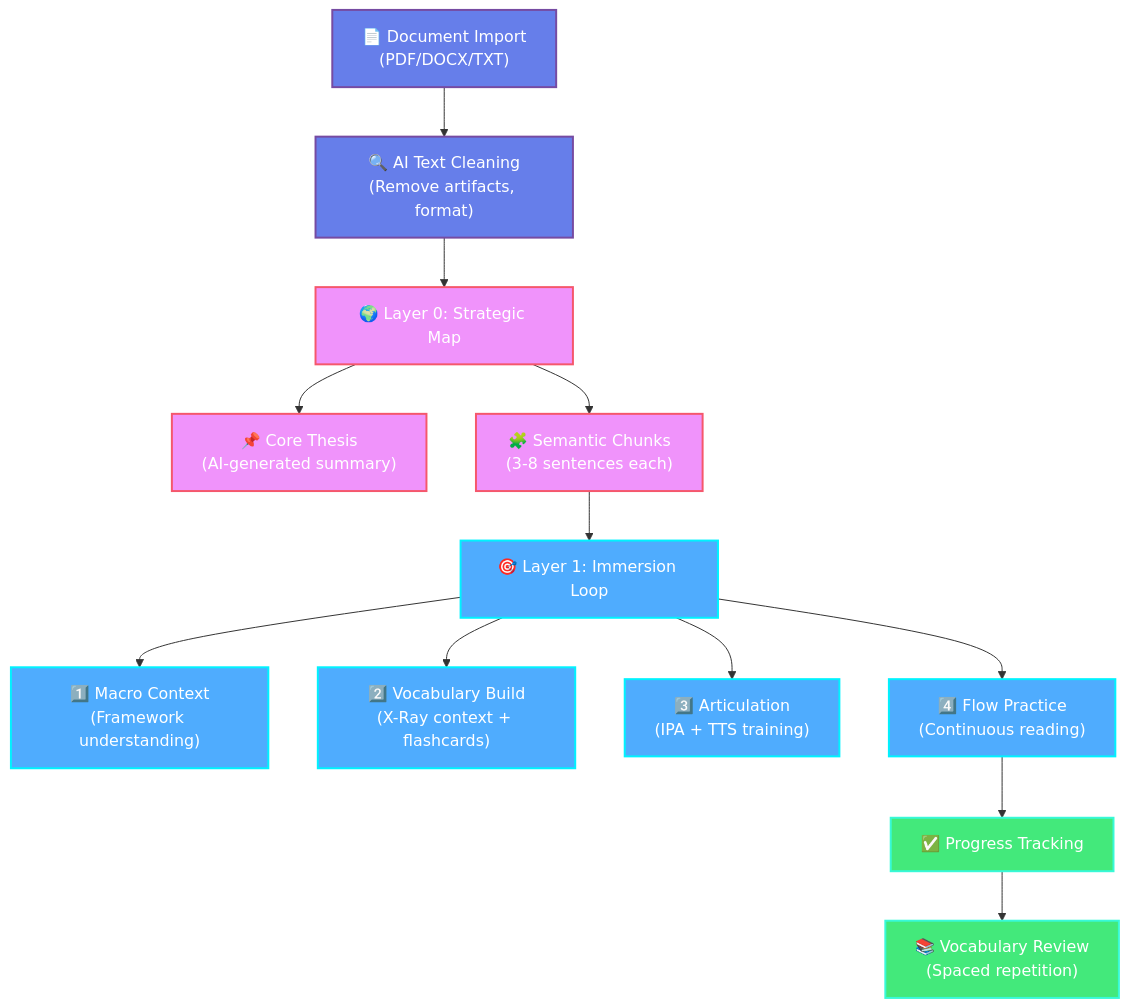
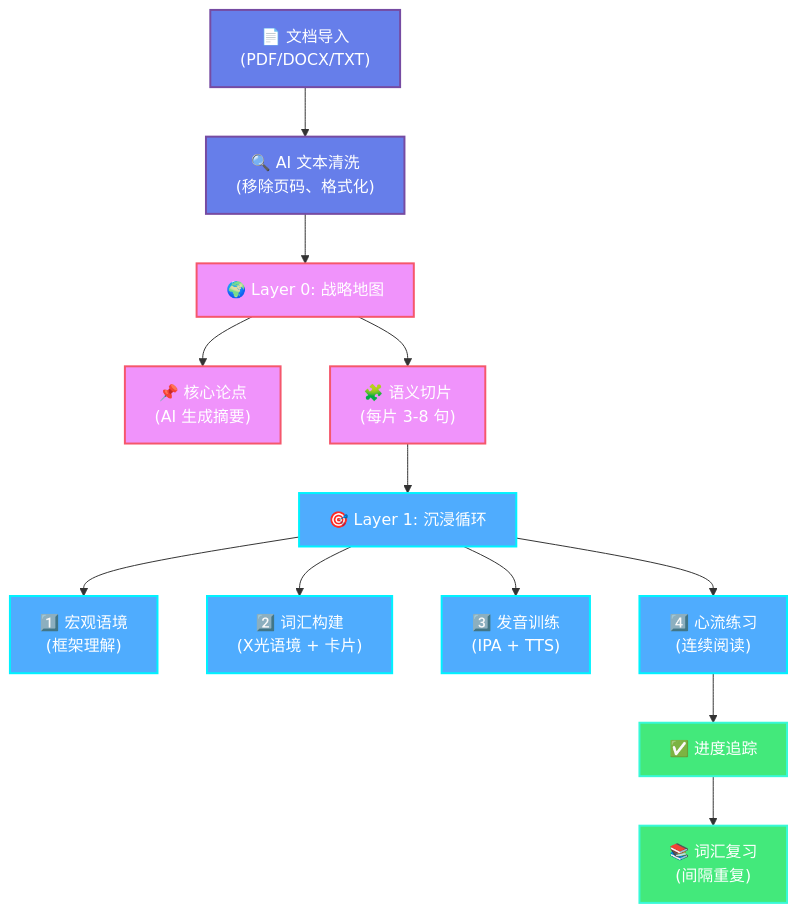
One commit to dunature/deep_internalizer changed the diagram in README.md. Above: the diagram before and after it, drawn with Mermaid. The commit also changed other lines of this file, not shown here.

````diff
--- a/README.md
+++ b/README.md
@@ -121,33 +121,33 @@
 ```mermaid
 graph TB
-    %% Document Import
-    Import["📄 Document Import<br/>(PDF/DOCX/TXT)"] --> Parse["🔍 AI Text Cleaning<br/>(Remove artifacts, format)"]
-    Parse --> L0["🌍 Layer 0: Strategic Map"]
+    %% 文档导入
+    Import["📄 文档导入<br/>(PDF/DOCX/TXT)"] --> Parse["🔍 AI 文本清洗<br/>(移除页码、格式化)"]
+    Parse --> L0["🌍 Layer 0: 战略地图"]
     
-    %% Layer 0: Global Analysis
-    L0 --> Thesis["📌 Core Thesis<br/>(AI-generated summary)"]
-    L0 --> Chunks["🧩 Semantic Chunks<br/>(3-8 sentences each)"]
+    %% Layer 0: 全局分析
+    L0 --> Thesis["📌 核心论点<br/>(AI 生成摘要)"]
+    L0 --> Chunks["🧩 语义切片<br/>(每片 3-8 句)"]
     
-    %% Layer 1: Immersion Loop
-    Chunks --> L1["🎯 Layer 1: Immersion Loop"]
+    %% Layer 1: 沉浸循环
+    Chunks --> L1["🎯 Layer 1: 沉浸循环"]
     
-    L1 --> Step1["1️⃣ Macro Context<br/>(Framework understanding)"]
-    L1 --> Step2["2️⃣ Vocabulary Build<br/>(X-Ray context + flashcards)"]
-    L1 --> Step3["3️⃣ Articulation<br/>(IPA + TTS training)"]
-    L1 --> Step4["4️⃣ Flow Practice<br/>(Continuous reading)"]
+    L1 --> Step1["1️⃣ 宏观语境<br/>(框架理解)"]
+    L1 --> Step2["2️⃣ 词汇构建<br/>(X光语境 + 卡片)"]
+    L1 --> Step3["3️⃣ 发音训练<br/>(IPA + TTS)"]
+    L1 --> Step4["4️⃣ 心流练习<br/>(连续阅读)"]
     
-    %% Progress Tracking
-    Step4 --> Progress["✅ Progress Tracking"]
-    Progress --> Review["📚 Vocabulary Review<br/>(Spaced repetition)"]
+    %% 进度追踪
+    Step4 --> Progress["✅ 进度追踪"]
+    Progress --> Review["📚 词汇复习<br/>(间隔重复)"]
     
-    %% Styling
+    %% 样式
     classDef importNode fill:#667eea,stroke:#764ba2,stroke-width:2px,color:#fff
     classDef layer0Node fill:#f093fb,stroke:#f5576c,stroke-width:2px,color:#fff
     classDef layer1Node fill:#4facfe,stroke:#00f2fe,stroke-width:2px,color:#fff
     classDef outputNode fill:#43e97b,stroke:#38f9d7,stroke-width:2px,color:#fff
     
     class Import,Parse importNode
     class L0,Thesis,Chunks layer0Node
     class L1,Step1,Step2,Step3,Step4 layer1Node
     class Progress,Review outputNode
 ```
````
